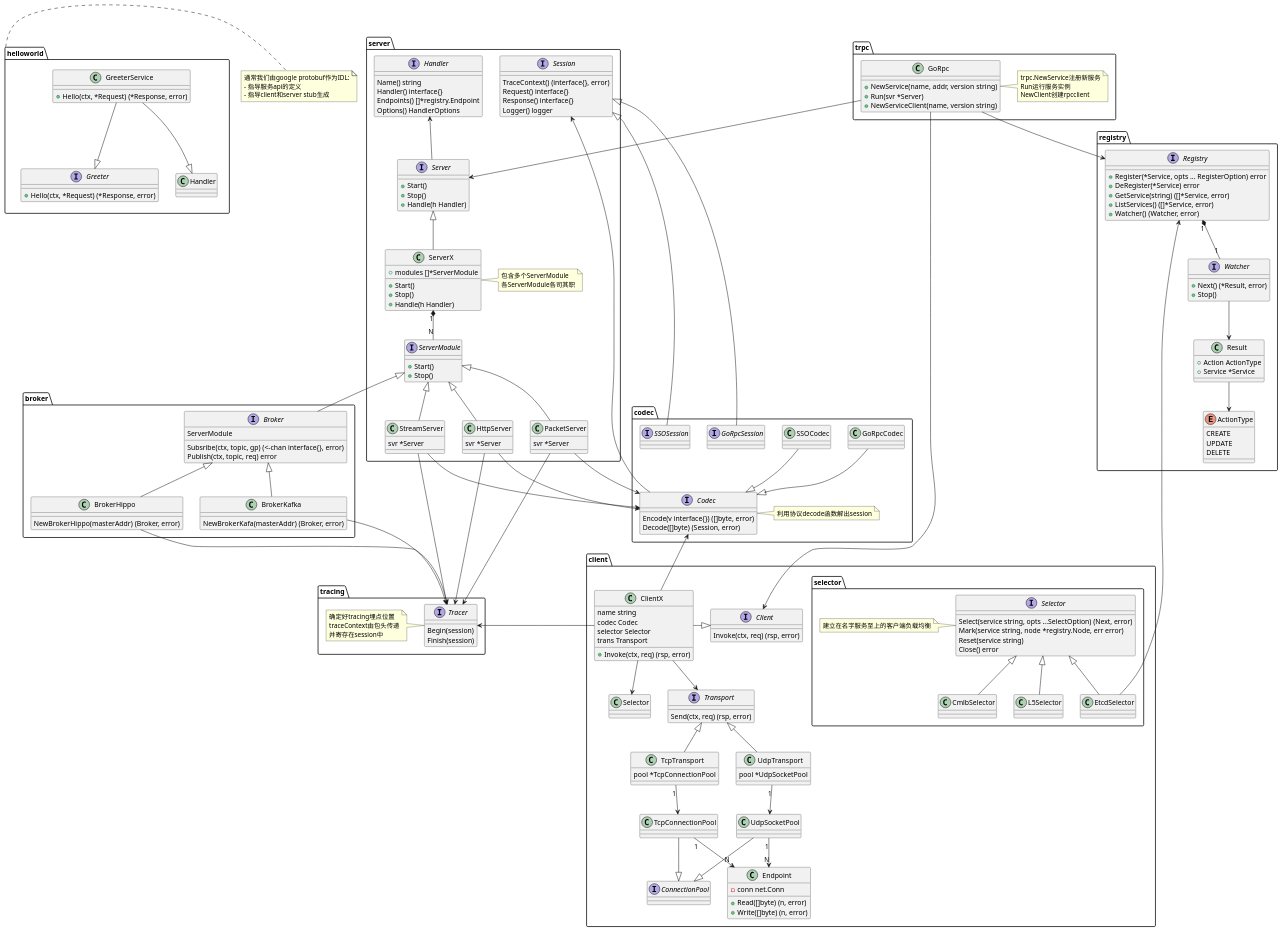
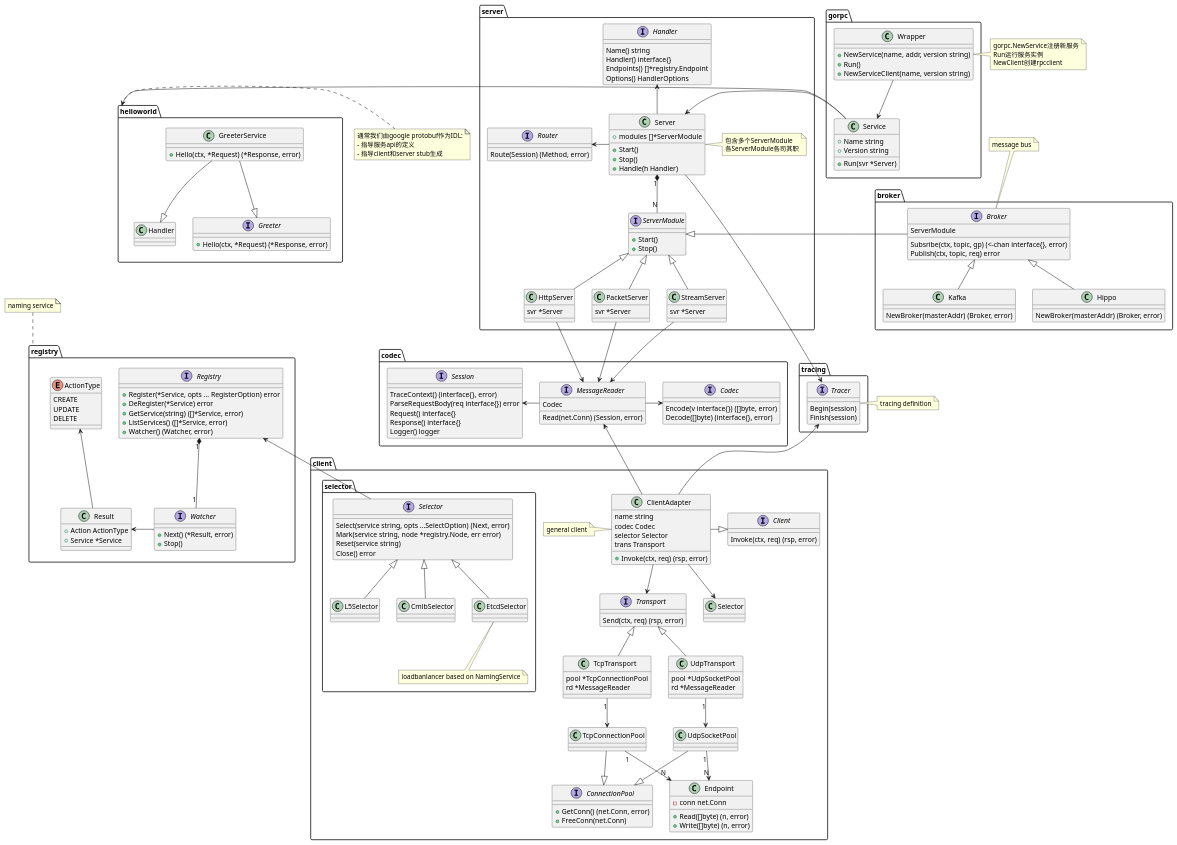
Before and after one commit to hitzhangjie/gorpc: the diagram in doc/arch.puml, drawn with PlantUML. The commit also changed 16 other files, not shown here.

Commit message:
design/arch: redesign the architecture

```diff
--- a/doc/arch.puml
+++ b/doc/arch.puml
@@ -19,7 +19,9 @@
 end note
 
 package "server" {
-    interface Server {
+
+    class Server {
+        +modules []*ServerModule
         +Start()
         +Stop()
         +Handle(h Handler)
@@ -30,15 +32,8 @@
         +Stop()
     }
 
-    class ServerX {
-        +modules []*ServerModule
-        +Start()
-        +Stop()
-        +Handle(h Handler)
-    }
-    ServerX -up-|> Server
-    ServerX "1" *-down- "N" ServerModule
-    note right of ServerX
+    Server "1" *-down- "N" ServerModule
+    note right of Server
         包含多个ServerModule
         各ServerModule各司其职
     end note
@@ -67,39 +62,38 @@
     Server -up-> Handler
     'note left of Handler : type GreeterService struct{} \nfunc (s *GreeterService) Hello(ctx, req) (rsp, error)
 
+    interface Router {
+        Route(Session) (Method, error)
+    }
+    Server -left-> Router
+}
+
+package "codec" {
+
     interface Session {
         TraceContext() (interface{}, error)
+        ParseRequestBody(req interface{}) error
         Request() interface{}
         Response() interface{}
         Logger() logger
     }
-}
 
-package "codec" {
     interface Codec {
         Encode(v interface{}) ([]byte, error)
-        Decode([]byte) (Session, error)
+        Decode([]byte) (interface{}, error)
     }
-    'note bottom of Codec: Decode data as Session or ...
-    Codec --> Session
-    note right of Codec
-       利用协议decode函数解出session
-    end note
 
-    StreamServer -down-> Codec
-    PacketServer -down-> Codec
-    HttpServer -down-> Codec
+    interface MessageReader {
+        Codec
+        Read(net.Conn) (Session, error)
+    }
 
-    GoRpcCodec --|> Codec
-    SSOCodec --|> Codec
+    MessageReader -right-> Codec
+    MessageReader -left-> Session
 
-    interface GoRpcSession {
-    }
-    GoRpcSession --|> Session
-
-    interface SSOSession {
-    }
-    SSOSession -up-|> Session
+    StreamServer -down-> MessageReader
+    PacketServer -down-> MessageReader
+    HttpServer -down-> MessageReader
 }
 
 package "registry" {
@@ -110,13 +104,13 @@
         +ListServices() ([]*Service, error)
         +Watcher() (Watcher, error)
     }
-    Registry "1" *-- "1" Watcher
+    Registry "1" *-down- "1" Watcher
 
     interface Watcher {
         +Next() (*Result, error)
         +Stop()
     }
-    Watcher --> Result
+    Watcher -right-> Result
 
     class Result {
         +Action ActionType
@@ -127,8 +121,11 @@
         UPDATE
         DELETE
     }
-    Result --> ActionType
+    Result -up-> ActionType
 }
+note top of registry
+naming service
+end note
 
 
 
@@ -143,18 +140,22 @@
     }
     class TcpTransport {
         pool *TcpConnectionPool
+        rd *MessageReader
     }
     TcpTransport "1" --> "TcpConnectionPool"
     TcpTransport -up-|> Transport
 
     class UdpTransport {
         pool *UdpSocketPool
+        rd *MessageReader
     }
     UdpTransport "1" --> "UdpSocketPool"
     UdpTransport -up-|> Transport
 
 
     interface ConnectionPool {
+        +GetConn() (net.Conn, error)
+        +FreeConn(net.Conn)
     }
     TcpConnectionPool --|> ConnectionPool
     UdpSocketPool --|> ConnectionPool
@@ -168,18 +169,19 @@
         +Write([]byte) (n, error)
     }
 
-    class ClientX {
+    class ClientAdapter {
         name string
         codec Codec
         selector Selector
         trans Transport
         +Invoke(ctx, req) (rsp, error)
     }
-    ClientX -left-|> Client
-    ClientX -up-> Codec
-    ClientX --> Transport
-    ClientX --> Selector
+    note left: general client
 
+    ClientAdapter -right-|> Client
+    ClientAdapter -up-> MessageReader
+    ClientAdapter --> Transport
+    ClientAdapter --> Selector
 
     package "selector" {
         interface Selector {
@@ -188,33 +190,40 @@
 	        Reset(service string)
 	        Close() error
         }
-        note left of Selector
-            建立在名字服务至上的客户端负载均衡
-        end note
 
         L5Selector -up-|> Selector
         CmlbSelector -up-|> Selector
         EtcdSelector -up-|> Selector
-        EtcdSelector -up-> Registry
+        Selector -up-> Registry
+        note bottom of EtcdSelector
+            loadbanlancer based on NamingService
+        end note
+
     }
 }
 
-package "trpc" {
-    class GoRpc {
+package "gorpc" {
+    class Wrapper {
         +NewService(name, addr, version string)
-        +Run(svr *Server)
+        +Run()
         +NewServiceClient(name, version string)
     }
-    GoRpc --> Registry
-    GoRpc --> Server
-    GoRpc --> Client
-    note right of GoRpc
-        trpc.NewService注册新服务
-        Run运行服务实例
-        NewClient创建rpcclient
-    end note
+    Wrapper --> Service
+
+    class Service {
+        +Name string
+        +Version string
+        +Run(svr *Server)
+    }
+
+    Service -left-> helloworld
+    Service -left-> Server
 }
-
+note left of Wrapper
+    gorpc.NewService注册新服务
+    Run运行服务实例
+    NewClient创建rpcclient
+end note
 
 package "broker" {
     interface Broker {
@@ -222,39 +231,31 @@
         Subsribe(ctx, topic, gp) (<-chan interface{}, error)
         Publish(ctx, topic, req) error
     }
-    Broker -up-|> ServerModule
+    Broker -right-|> ServerModule
 
-    class BrokerHippo {
-        NewBrokerHippo(masterAddr) (Broker, error)
+    class Hippo {
+        NewBroker(masterAddr) (Broker, error)
     }
-    BrokerHippo -up-|> Broker
+    Hippo -up-|> Broker
 
-    class BrokerKafka {
-        NewBrokerKafa(masterAddr) (Broker, error)
+    class Kafka {
+        NewBroker(masterAddr) (Broker, error)
     }
-    BrokerKafka -up-|> Broker
+    Kafka -up-|> Broker
 }
+note top of Broker
+message bus
+end note
 
 package "tracing" {
     interface Tracer {
         Begin(session)
         Finish(session)
     }
-    PacketServer -down-> Tracer
-    StreamServer -down-> Tracer
-    HttpServer -down-> Tracer
 
-    BrokerKafka -down-> Tracer
-    BrokerHippo -down-> Tracer
-
-    ClientX -left-> Tracer
-
-    note left of Tracer
-        确定好tracing埋点位置
-        traceContext由包头传递
-        并寄存在session中
-    end note
-
+    Server -right-> Tracer
+    ClientAdapter -up-> Tracer
 }
+note right: tracing definition
 
 @enduml
```
